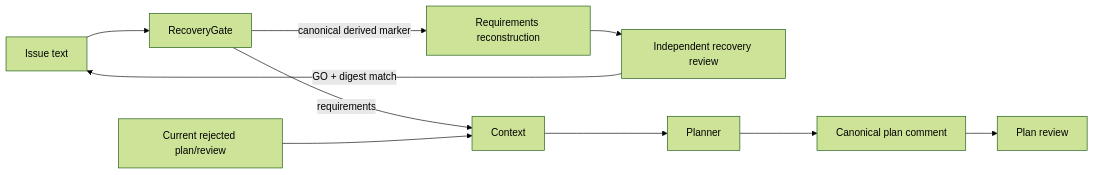
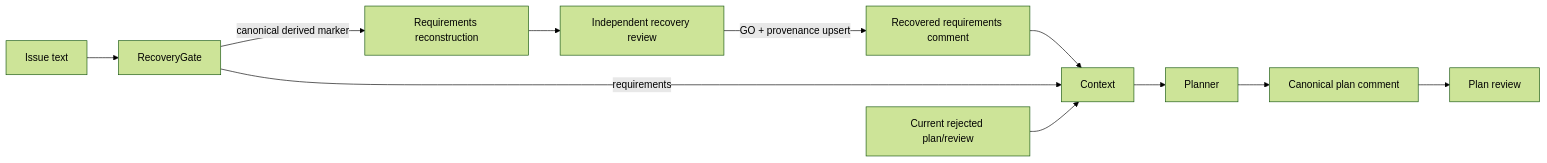
Before and after one commit to HomericIntelligence/Hephaestus: the fifth of 16 diagrams in docs/architecture.md, drawn with Mermaid (forest theme). The commit also changed other lines of this file and 6 other files, not shown here.

Commit message:
fix(automation): bound recovery timeline artifacts

````diff
--- a/docs/architecture.md
+++ b/docs/architecture.md
@@ -787,11 +788,12 @@
 ```mermaid
 flowchart LR
     Issue["Issue text"] --> RecoveryGate
     RecoveryGate -->|"canonical derived marker"| Recover["Requirements reconstruction"]
     Recover --> IndependentReview["Independent recovery review"]
-    IndependentReview -->|"GO + digest match"| Issue
+    IndependentReview -->|"GO + provenance upsert"| Provenance["Recovered requirements comment"]
+    Provenance --> Context
     RecoveryGate -->|"requirements"| Context
     History["Current rejected plan/review"] --> Context
     Context --> Planner --> Canonical["Canonical plan comment"]
     Canonical --> PlanReview["Plan review"]
 ```
````
